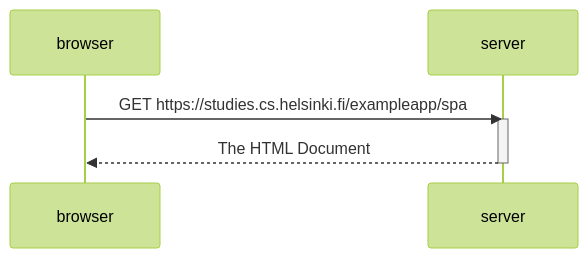
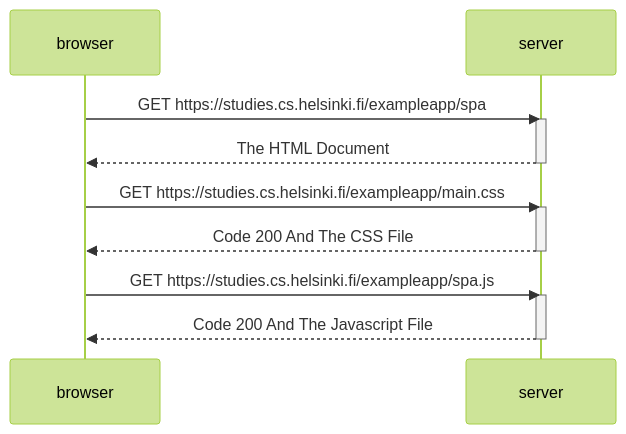
The diagram in Part 0/05.md (Locke555/FullStackOpen-exercices), drawn with Mermaid (forest theme) before and after one commit.

Commit message:
Segunda Revision

````diff
--- a/Part 0/05.md
+++ b/Part 0/05.md
@@ -1,10 +1,20 @@
 ```mermaid
 sequenceDiagram
     participant browser
     participant server
 
     browser->>server: GET https://studies.cs.helsinki.fi/exampleapp/spa
     activate server
     server-->>browser: The HTML Document
     deactivate server
+
+    browser->>server: GET https://studies.cs.helsinki.fi/exampleapp/main.css
+    activate server
+    server-->>browser: Code 200 And The CSS File
+    deactivate server
+
+    browser->>server: GET https://studies.cs.helsinki.fi/exampleapp/spa.js
+    activate server
+    server-->>browser: Code 200 And The Javascript File
+    deactivate server
 ```
````
